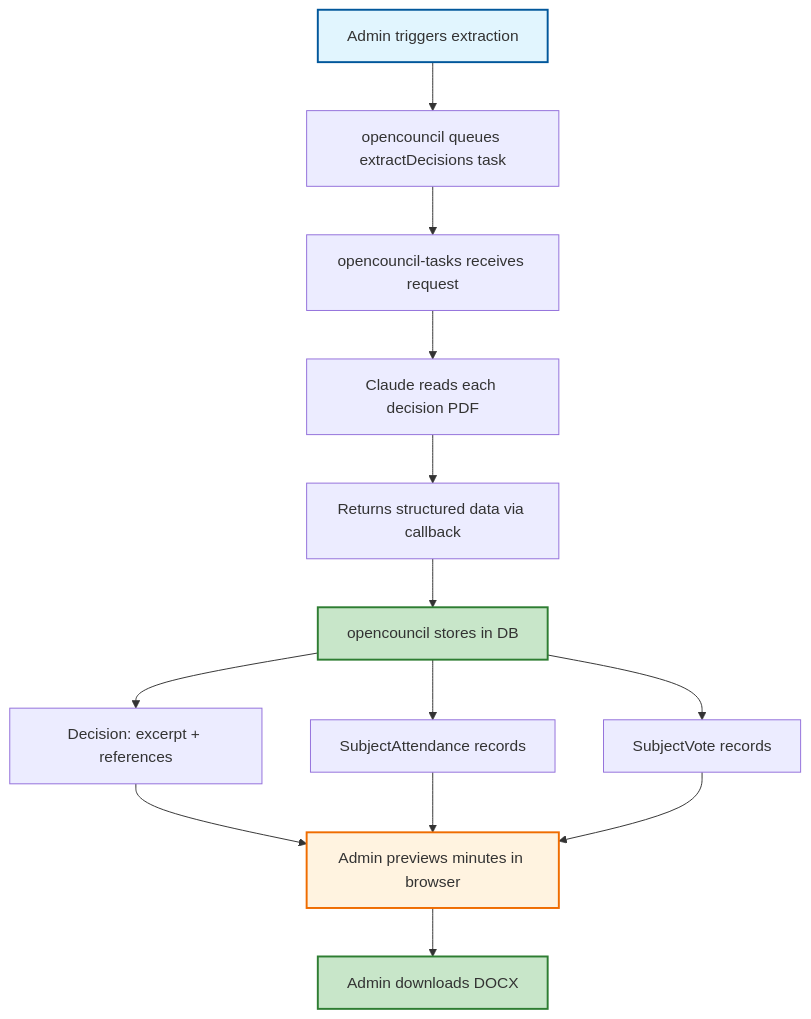
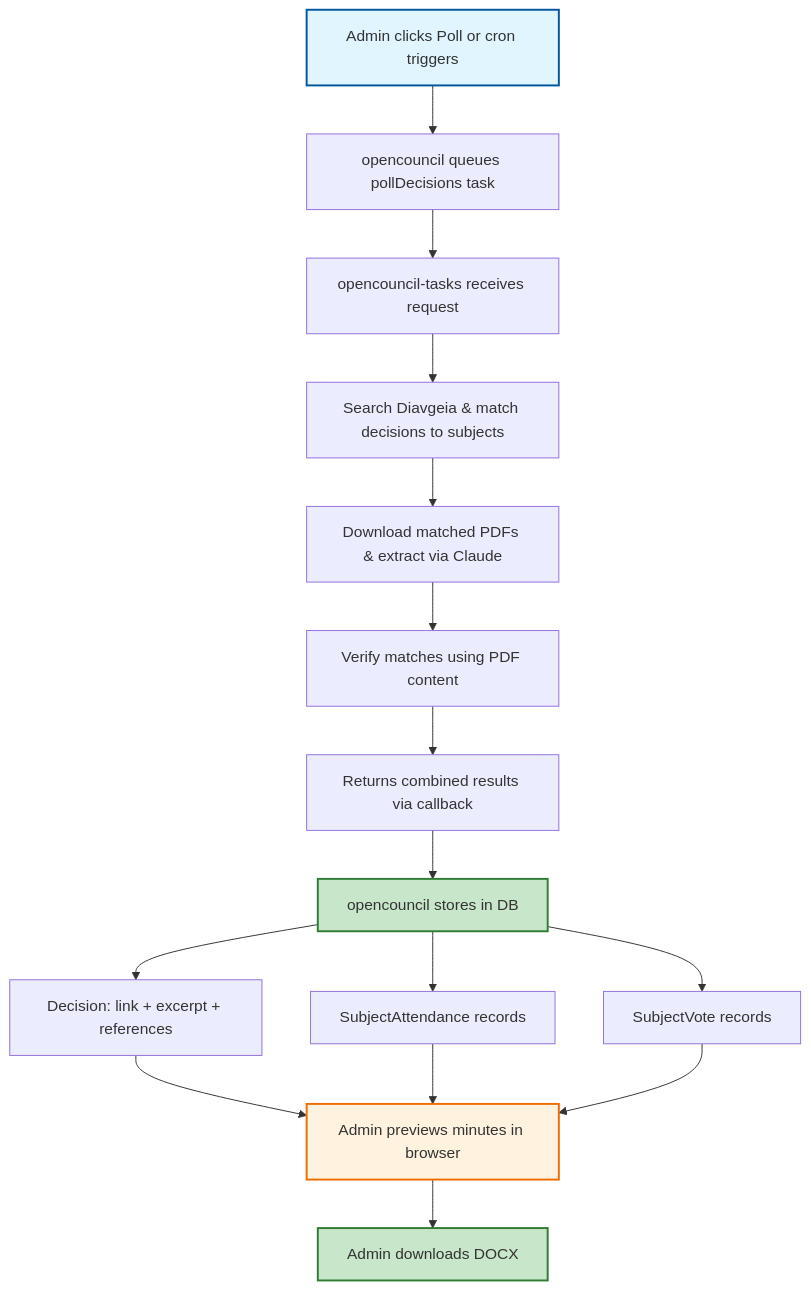
One commit to schemalabz/opencouncil changed the diagram in docs/guides/meeting-minutes.md. Above: the diagram before and after it, drawn with Mermaid. The commit also changed other lines of this file and 8 other files, not shown here.

First line of the commit message:
refactor: merge extractDecisions into pollDecisions pipeline

````diff
--- a/docs/guides/meeting-minutes.md
+++ b/docs/guides/meeting-minutes.md
@@ -67,23 +67,25 @@
 ```mermaid
 flowchart TD
-    A[Admin triggers extraction] --> B[opencouncil queues extractDecisions task]
+    A[Admin clicks Poll or cron triggers] --> B[opencouncil queues pollDecisions task]
     B --> C[opencouncil-tasks receives request]
-    C --> D[Claude reads each decision PDF]
-    D --> E[Returns structured data via callback]
-    E --> F[opencouncil stores in DB]
+    C --> D[Search Diavgeia & match decisions to subjects]
+    D --> E[Download matched PDFs & extract via Claude]
+    E --> F[Verify matches using PDF content]
+    F --> G[Returns combined results via callback]
+    G --> H[opencouncil stores in DB]
 
-    F --> G[Decision: excerpt + references]
-    F --> H[SubjectAttendance records]
-    F --> I[SubjectVote records]
+    H --> I[Decision: link + excerpt + references]
+    H --> J[SubjectAttendance records]
+    H --> K[SubjectVote records]
 
-    G --> J[Admin previews minutes in browser]
-    H --> J
-    I --> J
+    I --> L[Admin previews minutes in browser]
+    J --> L
+    K --> L
 
-    J --> K[Admin downloads DOCX]
+    L --> M[Admin downloads DOCX]
 
     style A fill:#e1f5fe,stroke:#01579b,stroke-width:2px
-    style F fill:#c8e6c9,stroke:#2e7d32,stroke-width:2px
-    style J fill:#fff3e0,stroke:#ef6c00,stroke-width:2px
-    style K fill:#c8e6c9,stroke:#2e7d32,stroke-width:2px
+    style H fill:#c8e6c9,stroke:#2e7d32,stroke-width:2px
+    style L fill:#fff3e0,stroke:#ef6c00,stroke-width:2px
+    style M fill:#c8e6c9,stroke:#2e7d32,stroke-width:2px
 ```
````
